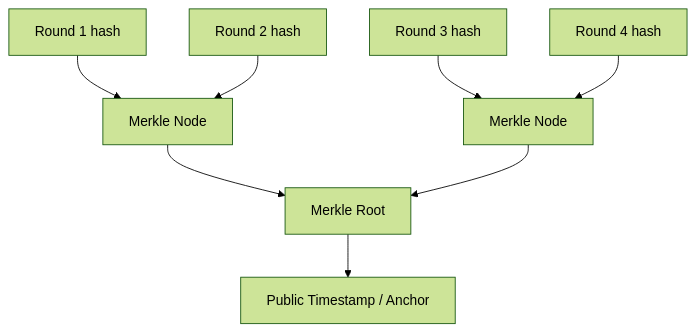
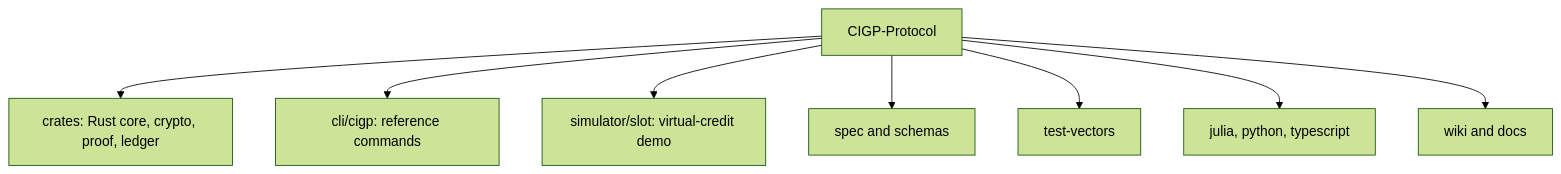
The sixth of 6 diagrams in README.md (Ciprian-LocalPulse/CIGP-Protocol), drawn with Mermaid (forest theme) before and after one commit. The commit also changed other lines of this file and 9 other files, not shown here.

````diff
--- a/README.md
+++ b/README.md
@@ -213,10 +156,11 @@
 ```mermaid
 flowchart TB
-    R1[Round 1 hash] --> M1[Merkle Node]
-    R2[Round 2 hash] --> M1
-    R3[Round 3 hash] --> M2[Merkle Node]
-    R4[Round 4 hash] --> M2
-    M1 --> ROOT[Merkle Root]
-    M2 --> ROOT
-    ROOT --> ANCHOR[Public Timestamp / Anchor]
+    ROOT[CIGP-Protocol]
+    ROOT --> CORE[crates: Rust core, crypto, proof, ledger]
+    ROOT --> CLI[cli/cigp: reference commands]
+    ROOT --> SIM[simulator/slot: virtual-credit demo]
+    ROOT --> SPEC[spec and schemas]
+    ROOT --> VECTORS[test-vectors]
+    ROOT --> RESEARCH[julia, python, typescript]
+    ROOT --> DOCS[wiki and docs]
 ```
````
